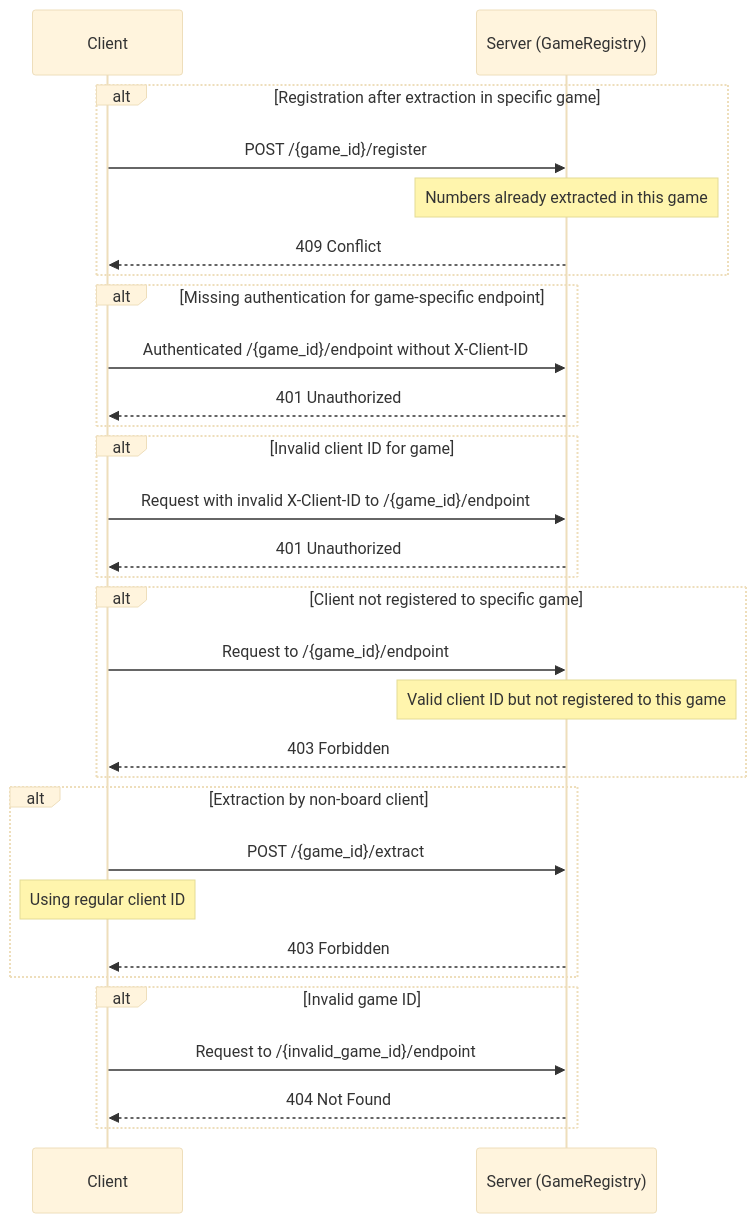
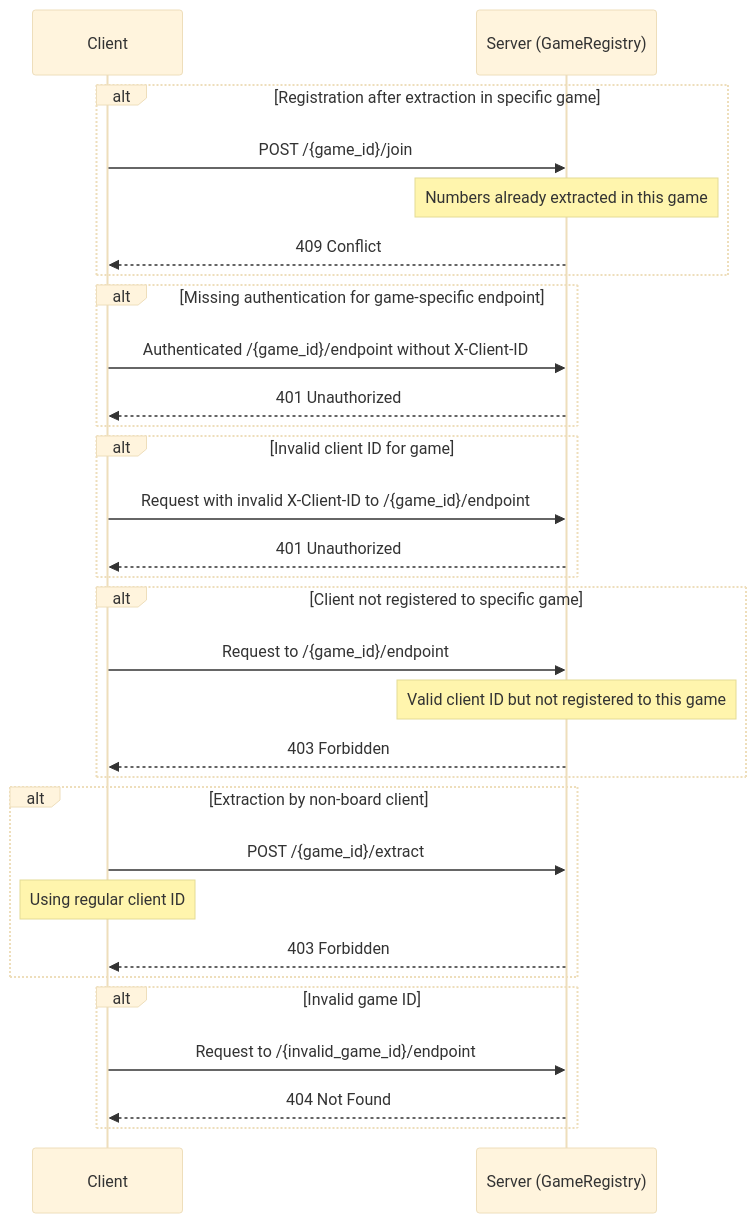
Before and after one commit to badbat75/tombola: the tenth of 11 diagrams in docs/FLOWS.md, drawn with Mermaid (base theme). The commit also changed other lines of this file and 14 other files, not shown here.

````diff
--- a/docs/FLOWS.md
+++ b/docs/FLOWS.md
@@ -345,38 +347,38 @@
 ```mermaid
 sequenceDiagram
     participant C as Client
     participant S as Server (GameRegistry)
 
     alt Registration after extraction in specific game
-        C->>S: POST /{game_id}/register
+        C->>S: POST /{game_id}/join
         Note over S: Numbers already extracted in this game
         S-->>C: 409 Conflict
     end
 
     alt Missing authentication for game-specific endpoint
         C->>S: Authenticated /{game_id}/endpoint without X-Client-ID
         S-->>C: 401 Unauthorized
     end
 
     alt Invalid client ID for game
         C->>S: Request with invalid X-Client-ID to /{game_id}/endpoint
         S-->>C: 401 Unauthorized
     end
 
     alt Client not registered to specific game
         C->>S: Request to /{game_id}/endpoint
         Note over S: Valid client ID but not registered to this game
         S-->>C: 403 Forbidden
     end
 
     alt Extraction by non-board client
         C->>S: POST /{game_id}/extract
         Note over C: Using regular client ID
         S-->>C: 403 Forbidden
     end
 
     alt Invalid game ID
         C->>S: Request to /{invalid_game_id}/endpoint
         S-->>C: 404 Not Found
     end
 ```
````
